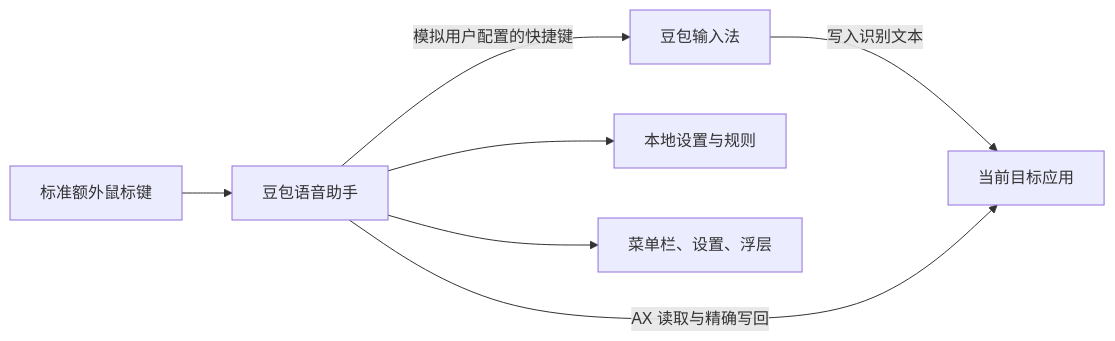
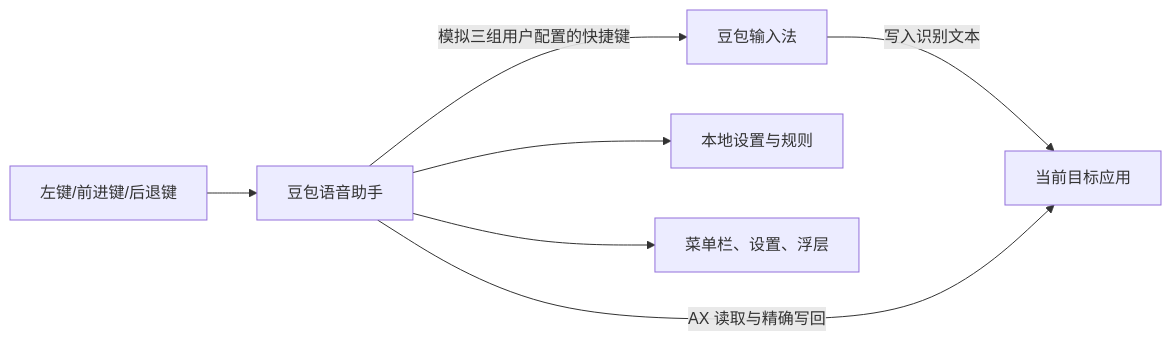
Before and after one commit to backtomyfuture/doubao-voice-helper: the first of 2 diagrams in docs/ARCHITECTURE.md, drawn with Mermaid. The commit also changed other lines of this file and 8 other files, not shown here.

````diff
--- a/docs/ARCHITECTURE.md
+++ b/docs/ARCHITECTURE.md
@@ -53,9 +53,9 @@
 ```mermaid
 flowchart LR
-    Mouse[标准额外鼠标键] --> App[豆包语音助手]
-    App -->|模拟用户配置的快捷键| Doubao[豆包输入法]
+    Mouse[左键/前进键/后退键] --> App[豆包语音助手]
+    App -->|模拟三组用户配置的快捷键| Doubao[豆包输入法]
     Doubao -->|写入识别文本| Target[当前目标应用]
     App -->|AX 读取与精确写回| Target
     App --> Store[本地设置与规则]
     App --> UI[菜单栏、设置、浮层]
 ```
````
